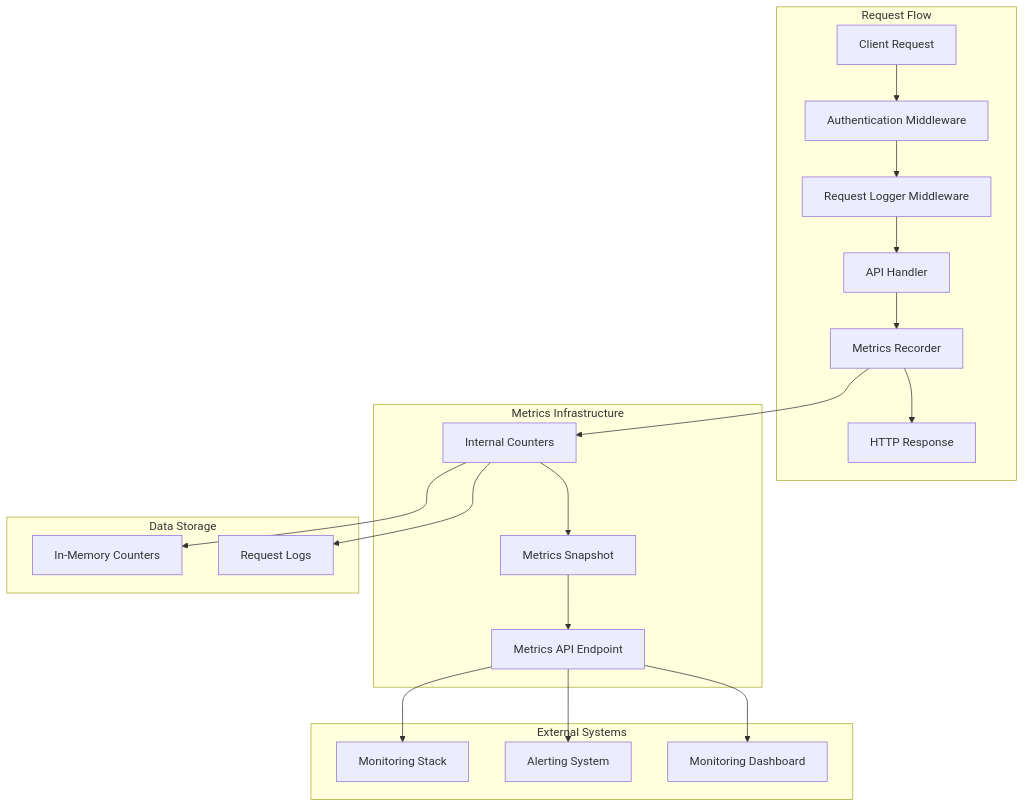
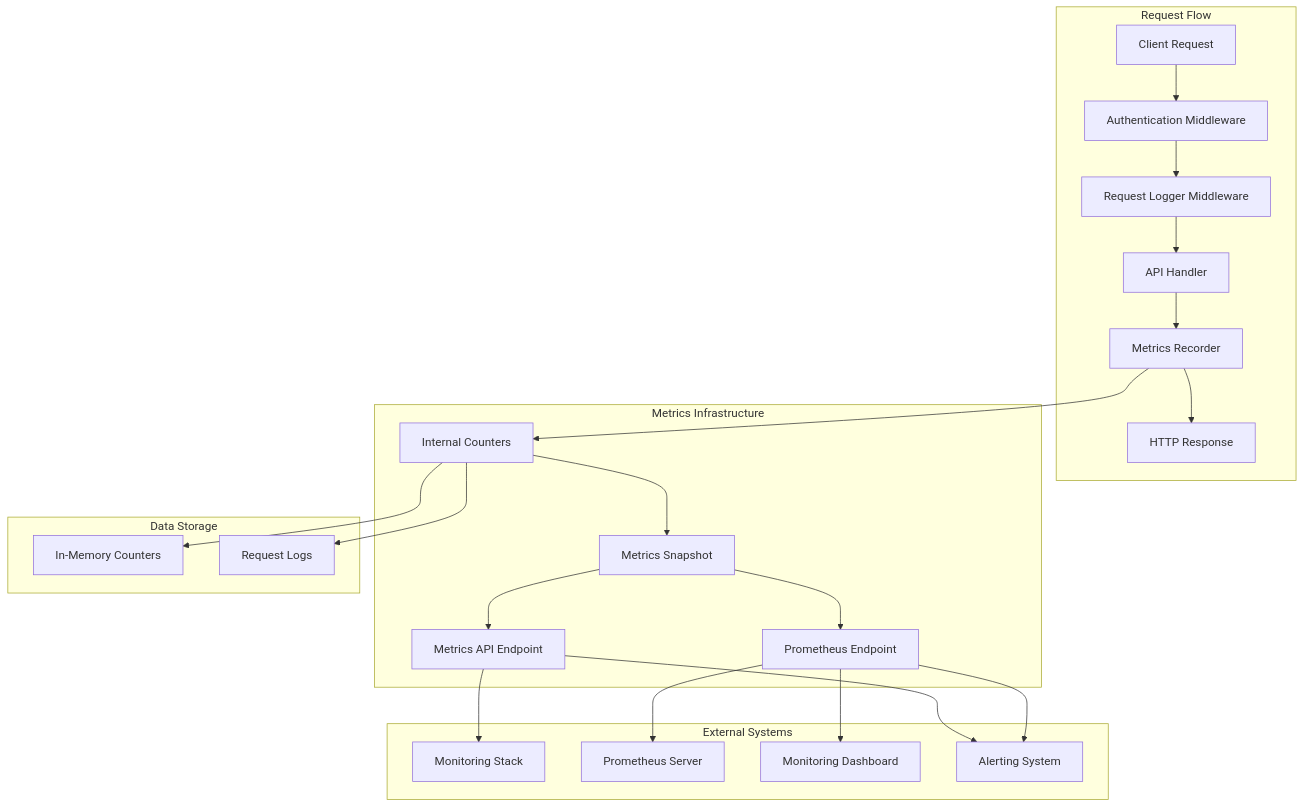
Before and after one commit to gaigenticai/escrowgrid: the first of 7 diagrams in .qoder/repowiki/en/content/Architecture/Backend Architecture/Infrastructure Services/Metrics Collection.md, drawn with Mermaid. The commit also changed other lines of this file and 4 other files, not shown here.

````diff
--- a/.qoder/repowiki/en/content/Architecture/Backend Architecture/Infrastructure Services/Metrics Collection.md
+++ b/.qoder/repowiki/en/content/Architecture/Backend Architecture/Infrastructure Services/Metrics Collection.md
@@ -41,24 +51,27 @@
 ```mermaid
 graph TB
 subgraph "Request Flow"
 Client[Client Request] --> Auth[Authentication Middleware]
 Auth --> Logger[Request Logger Middleware]
 Logger --> Handler[API Handler]
 Handler --> Metrics[Metrics Recorder]
 Metrics --> Response[HTTP Response]
 end
 subgraph "Metrics Infrastructure"
 Metrics --> Counter[Internal Counters]
 Counter --> Snapshot[Metrics Snapshot]
 Snapshot --> API[Metrics API Endpoint]
+Snapshot --> Prometheus[Prometheus Endpoint]
 end
 subgraph "External Systems"
 API --> Monitor[Monitoring Stack]
+Prometheus --> PrometheusMonitor[Prometheus Server]
+Prometheus --> Dashboard[Monitoring Dashboard]
 API --> Alert[Alerting System]
-API --> Dashboard[Monitoring Dashboard]
+Prometheus --> Alert[Alerting System]
 end
 subgraph "Data Storage"
 Counter --> Memory[In-Memory Counters]
 Counter --> Log[Request Logs]
 end
 ```
````
